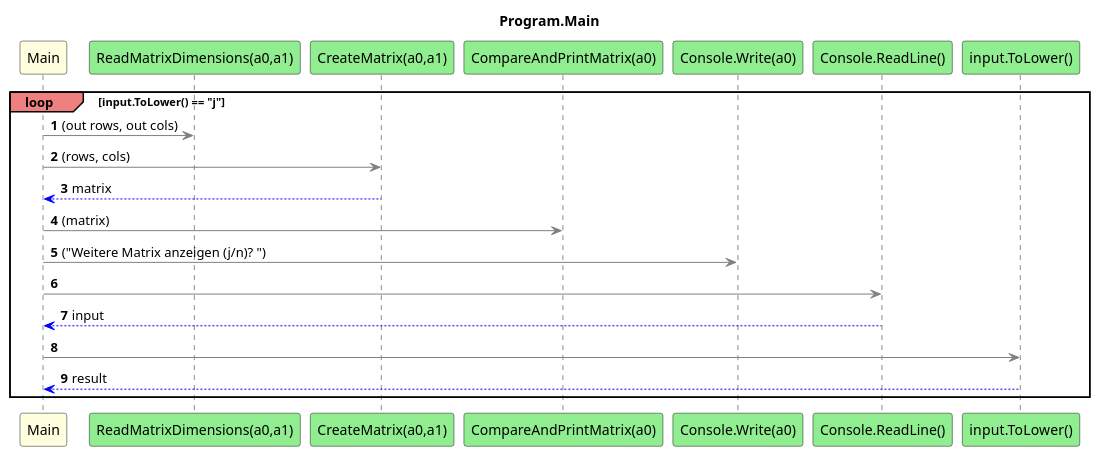
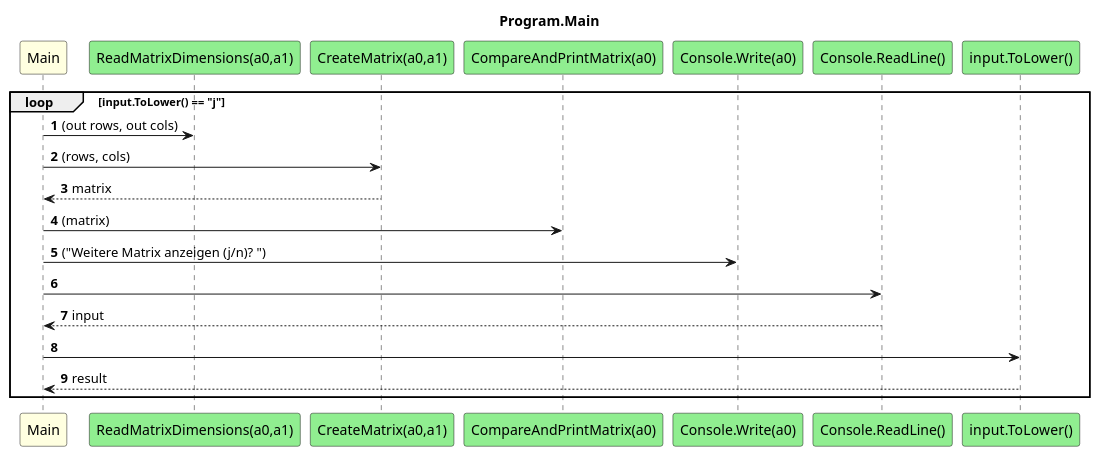
The diagram in Matrix.ConApp/diagrams/sq_Program_Main.puml (leoggehrer/2324-34_ABIF_ACIF_POSE), drawn with PlantUML before and after one commit. The commit also changed 479 other files, not shown here.

Commit message:
Updated diagrams.

```diff
--- a/Matrix.ConApp/diagrams/sq_Program_Main.puml
+++ b/Matrix.ConApp/diagrams/sq_Program_Main.puml
@@ -1,22 +1,22 @@
 @startuml Program.Main
 title Program.Main
 participant "Main" as Main #LightYellow
 participant "ReadMatrixDimensions(a0,a1)" as ReadMatrixDimensions_a0_a1 #LightGreen
 participant "CreateMatrix(a0,a1)" as CreateMatrix_a0_a1 #LightGreen
 participant "CompareAndPrintMatrix(a0)" as CompareAndPrintMatrix_a0 #LightGreen
 participant "Console.Write(a0)" as Console_Write_a0 #LightGreen
 participant "Console.ReadLine()" as Console_ReadLine #LightGreen
 participant "input.ToLower()" as input_ToLower #LightGreen
 autonumber
-loop#LightCoral input.ToLower() == "j"
-    Main -[#grey]> ReadMatrixDimensions_a0_a1 : (out rows, out cols)
-    Main -[#grey]> CreateMatrix_a0_a1 : (rows, cols)
-    CreateMatrix_a0_a1 -[#blue]-> Main : matrix
-    Main -[#grey]> CompareAndPrintMatrix_a0 : (matrix)
-    Main -[#grey]> Console_Write_a0 : ("Weitere Matrix anzeigen (j/n)? ")
-    Main -[#grey]> Console_ReadLine
-    Console_ReadLine -[#blue]-> Main : input
-    Main -[#grey]> input_ToLower
-    input_ToLower -[#blue]-> Main : result
+loop input.ToLower() == "j"
+    Main -> ReadMatrixDimensions_a0_a1 : (out rows, out cols)
+    Main -> CreateMatrix_a0_a1 : (rows, cols)
+    CreateMatrix_a0_a1 --> Main : matrix
+    Main -> CompareAndPrintMatrix_a0 : (matrix)
+    Main -> Console_Write_a0 : ("Weitere Matrix anzeigen (j/n)? ")
+    Main -> Console_ReadLine
+    Console_ReadLine --> Main : input
+    Main -> input_ToLower
+    input_ToLower --> Main : result
 end
 @enduml
```
